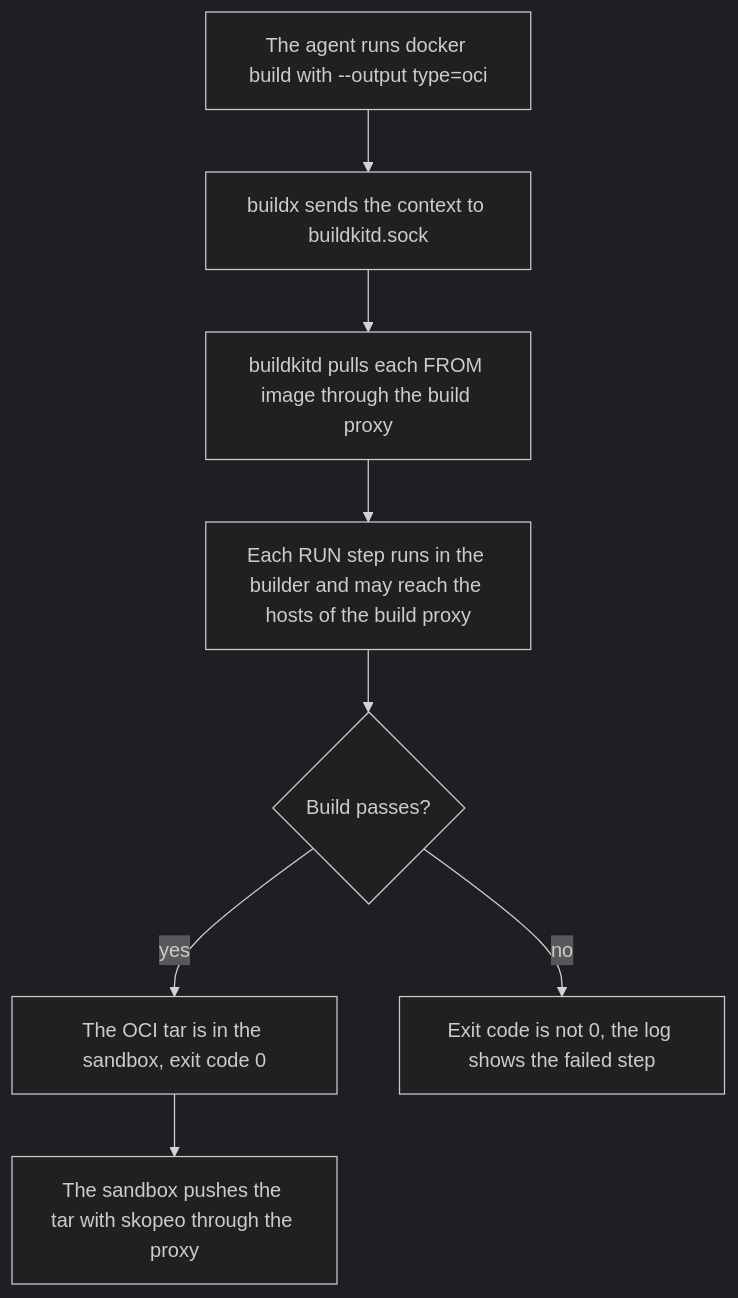
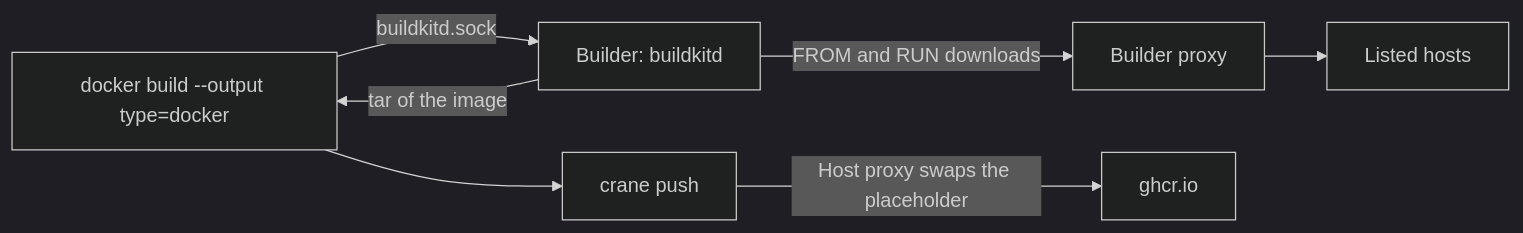
One commit to raghav19/engineersdaybook changed the second of 2 diagrams in .sandbox/README.md. Above: the diagram before and after it, drawn with Mermaid (dark theme). The commit also changed other lines of this file and 28 other files, not shown here.

First line of the commit message:
sandbox: push with crane, rename the agent unit and shorten the docs

````diff
--- a/.sandbox/README.md
+++ b/.sandbox/README.md
@@ -178,10 +76,7 @@
 ```mermaid
-flowchart TD
-    A["The agent runs docker build with --output type=oci"] --> B["buildx sends the context to buildkitd.sock"]
-    B --> C["buildkitd pulls each FROM image through the build proxy"]
-    C --> D["Each RUN step runs in the builder and may reach the hosts of the build proxy"]
-    D --> E{"Build passes?"}
-    E -->|yes| F["The OCI tar is in the sandbox, exit code 0"]
-    E -->|no| G["Exit code is not 0, the log shows the failed step"]
-    F --> H["The sandbox pushes the tar with skopeo through the proxy"]
+flowchart LR
+    D["docker build --output type=docker"] -->|buildkitd.sock| BK["Builder: buildkitd"]
+    BK -->|FROM and RUN downloads| BP["Builder proxy"] --> NET["Listed hosts"]
+    BK -->|tar of the image| D
+    D --> C["crane push"] -->|Host proxy swaps the placeholder| GH["ghcr.io"]
 ```
````
